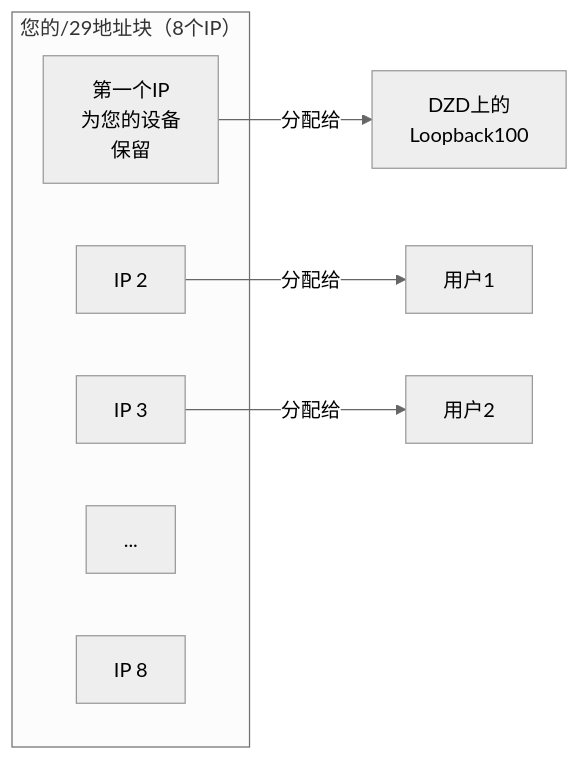
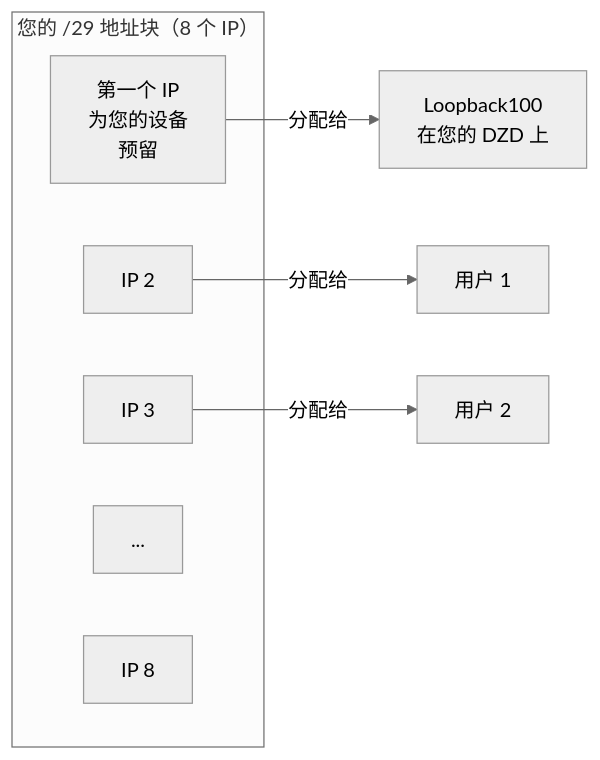
Before and after one commit to malbeclabs/docs: the second of 9 diagrams in docs/contribute-provisioning.zh.md, drawn with Mermaid (neutral theme). The commit also changed other lines of this file and 34 other files, not shown here.

````diff
--- a/docs/contribute-provisioning.zh.md
+++ b/docs/contribute-provisioning.zh.md
@@ -82,14 +122,14 @@
 ```mermaid
 flowchart LR
-    subgraph "您的/29地址块（8个IP）"
-        IP1["第一个IP<br/>为您的设备<br/>保留"]
+    subgraph "您的 /29 地址块（8 个 IP）"
+        IP1["第一个 IP<br/>为您的设备<br/>预留"]
         IP2["IP 2"]
         IP3["IP 3"]
         IP4["..."]
         IP8["IP 8"]
     end
 
-    IP1 -->|分配给| LO[DZD上的<br/>Loopback100]
-    IP2 -->|分配给| U1[用户1]
-    IP3 -->|分配给| U2[用户2]
+    IP1 -->|分配给| LO[Loopback100<br/>在您的 DZD 上]
+    IP2 -->|分配给| U1[用户 1]
+    IP3 -->|分配给| U2[用户 2]
 ```
````
